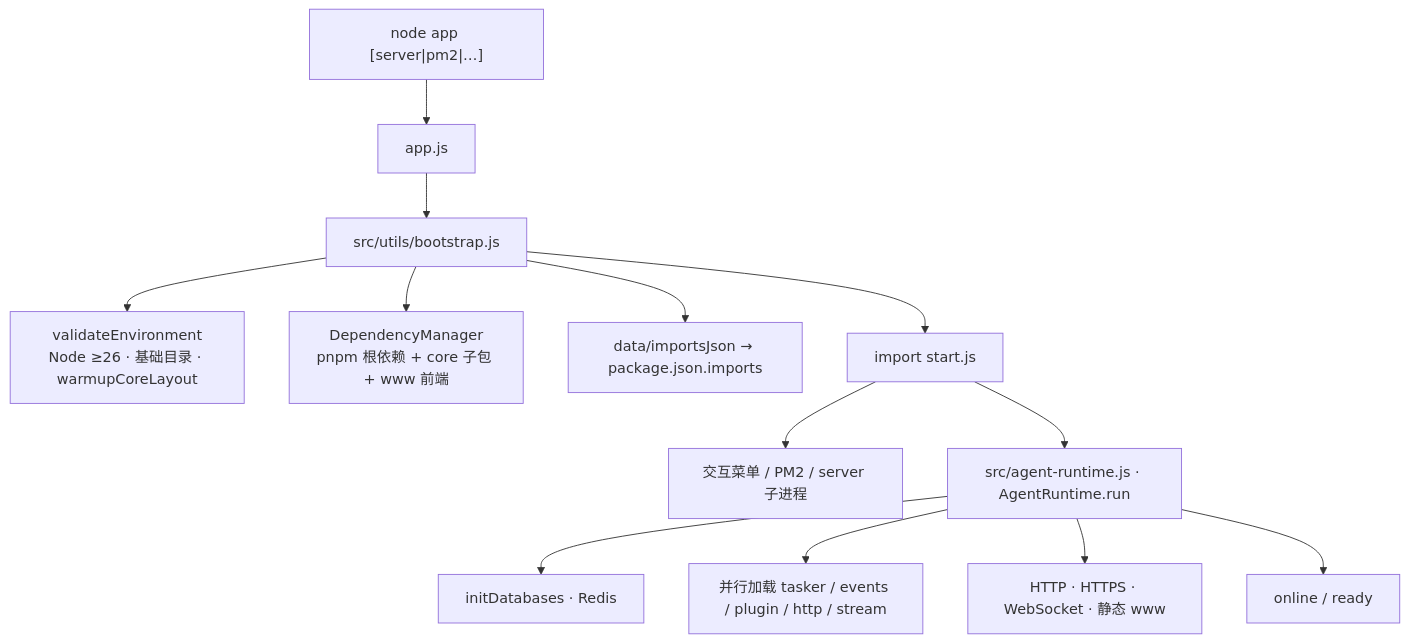
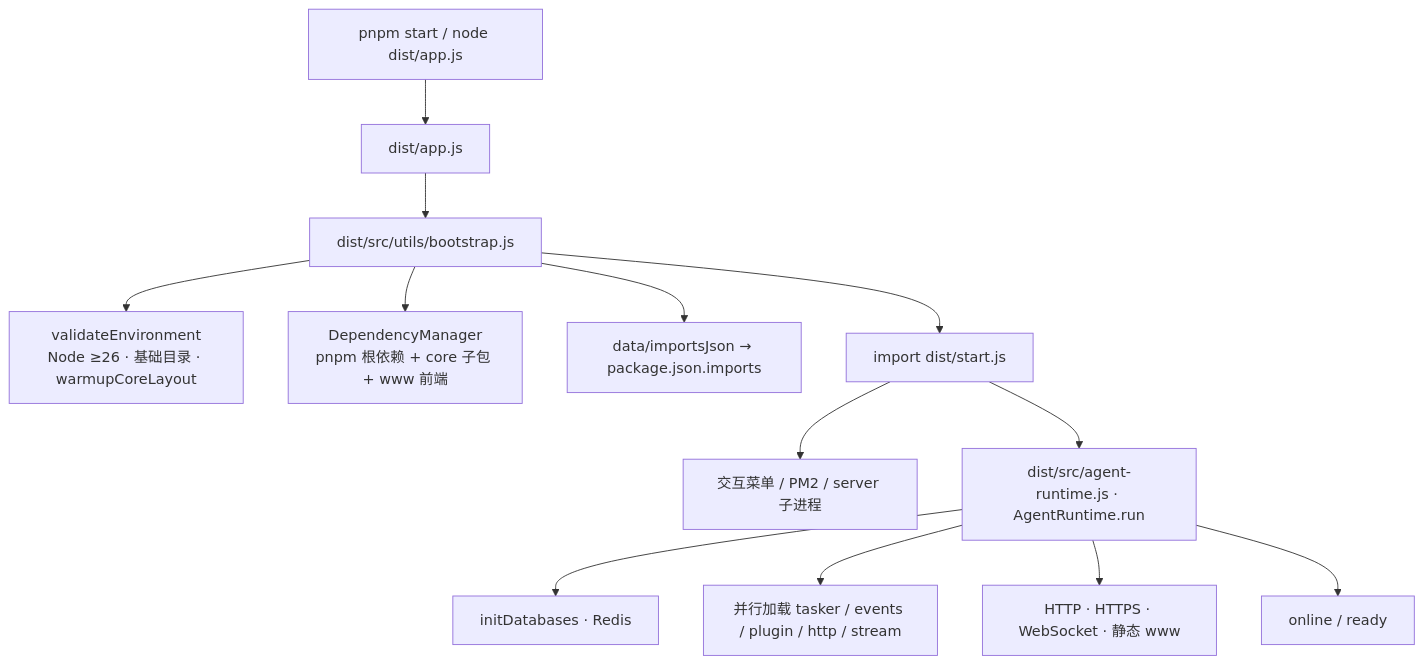
The diagram in docs/startup.md (xrkseek/XRK-AGT), drawn with Mermaid before and after one commit. The commit also changed other lines of this file and 18 other files, not shown here.

First line of the commit message:
chore: drop root nocheck and document dist/app.js entry

````diff
--- a/docs/startup.md
+++ b/docs/startup.md
@@ -11,15 +11,15 @@
 ```mermaid
 flowchart TD
-  CLI["node app [server|pm2|…]"] --> App["app.js"]
-  App --> Boot["src/utils/bootstrap.js"]
+  CLI["pnpm start / node dist/app.js"] --> App["dist/app.js"]
+  App --> Boot["dist/src/utils/bootstrap.js"]
   Boot --> Env["validateEnvironment<br/>Node ≥26 · 基础目录 · warmupCoreLayout"]
   Boot --> Deps["DependencyManager<br/>pnpm 根依赖 + core 子包 + www 前端"]
   Boot --> Imp["data/importsJson → package.json.imports"]
-  Boot --> Start["import start.js"]
+  Boot --> Start["import dist/start.js"]
   Start --> Menu["交互菜单 / PM2 / server 子进程"]
-  Start --> AgentRuntime["src/agent-runtime.js · AgentRuntime.run"]
+  Start --> AgentRuntime["dist/src/agent-runtime.js · AgentRuntime.run"]
   AgentRuntime --> DB["initDatabases · Redis"]
   AgentRuntime --> Load["并行加载 tasker / events / plugin / http / stream"]
   AgentRuntime --> Srv["HTTP · HTTPS · WebSocket · 静态 www"]
   AgentRuntime --> Online["online / ready"]
 ```
````
